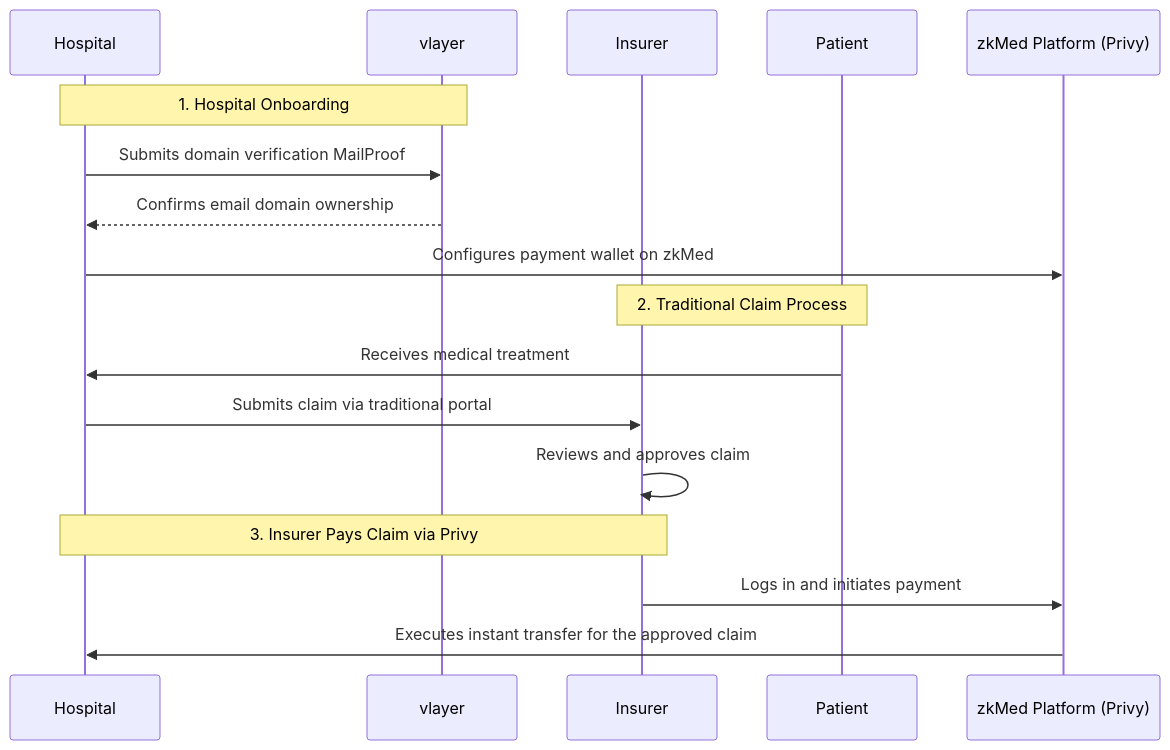
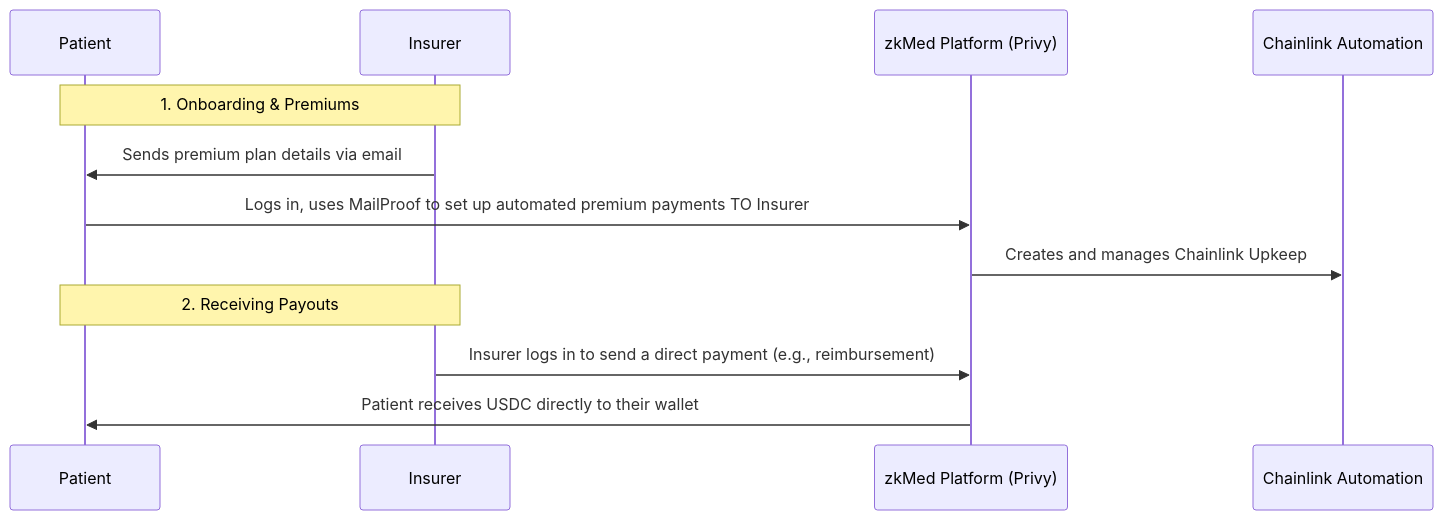
The fifth of 6 diagrams in README.md (ppezzull/zkMed), drawn with Mermaid before and after one commit. The commit also changed other lines of this file, not shown here.

````diff
--- a/README.md
+++ b/README.md
@@ -163,22 +152,16 @@
 ```mermaid
 sequenceDiagram
-    participant H as Hospital
-    participant V as vlayer
+    participant P as Patient
     participant I as Insurer
-    participant P as Patient
     participant Privy as zkMed Platform (Privy)
+    participant C as Chainlink Automation
 
-    Note over H,V: 1. Hospital Onboarding
-    H->>V: Submits domain verification MailProof
-    V-->>H: Confirms email domain ownership
-    H->>Privy: Configures payment wallet on zkMed
+    Note over P,I: 1. Onboarding & Premiums
+    I->>P: Sends premium plan details via email
+    P->>Privy: Logs in, uses MailProof to set up automated premium payments TO Insurer
+    Privy->>C: Creates and manages Chainlink Upkeep
 
-    Note over P,I: 2. Traditional Claim Process
-    P->>H: Receives medical treatment
-    H->>I: Submits claim via traditional portal
-    I->>I: Reviews and approves claim
-
-    Note over I,H: 3. Insurer Pays Claim via Privy
-    I->>Privy: Logs in and initiates payment
-    Privy->>H: Executes instant transfer for the approved claim
+    Note over I,P: 2. Receiving Payouts
+    I->>Privy: Insurer logs in to send a direct payment (e.g., reimbursement)
+    Privy->>P: Patient receives USDC directly to their wallet
 ```
````
